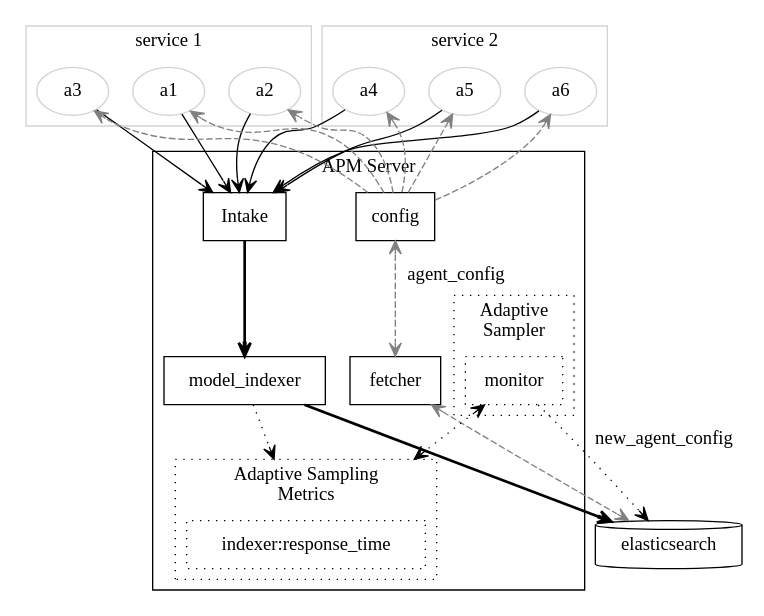
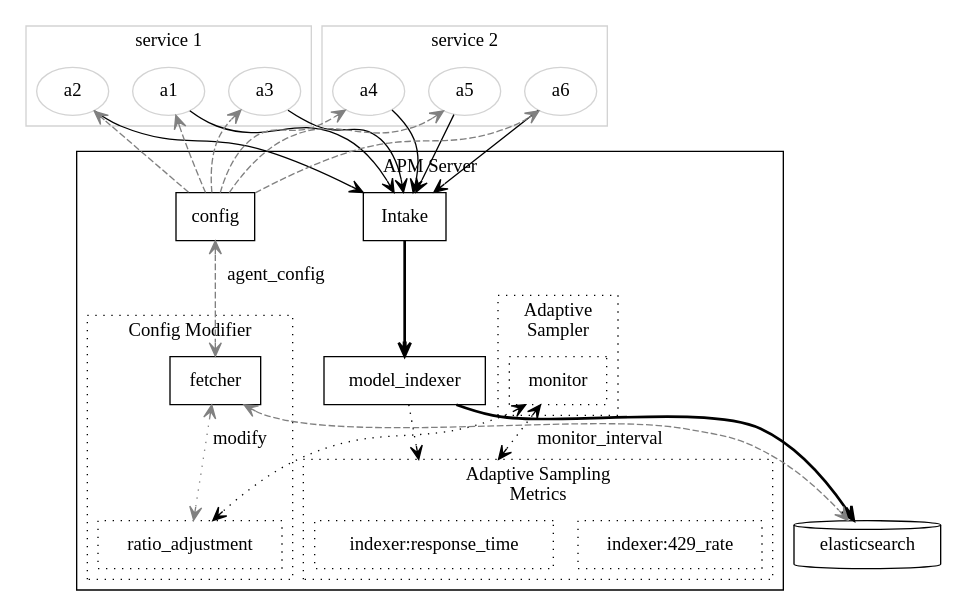
Before and after one commit to elastic/apm-server: the diagram in docs/adaptive_sampling_all.dot, drawn with Graphviz. The commit also changed 7 other files, not shown here.

```diff
--- a/docs/adaptive_sampling_all.dot
+++ b/docs/adaptive_sampling_all.dot
@@ -1,56 +1,63 @@
 digraph G {
 	compound=true;
 
 	edge [ arrowhead=open arrowtail=open ]
 	subgraph cluster_service_1 {
 		label = "service 1";
 		color=lightgrey;
 		node [color=lightgrey;]
 		a1 a2 a3;
 	}
 
 	subgraph cluster_service_2 {
 		label = "service 2";
 		color=lightgrey;
 		node [color=lightgrey;]
 		a4 a5 a6;
 	}
 
 	subgraph cluster_Server {
 		label = "APM Server";
 
 		// Data Path
 		node [ shape=box ]
   		{a1 a2 a3 a4 a5 a6} -> Intake;
   		Intake -> model_indexer [ style=bold ]
 
 		// config Path
   		config -> {a1 a2 a3 a4 a5 a6} [ style="dashed" color=gray] 
 		config -> fetcher [ style=dashed dir=both color=gray label=agent_config ]
 
 		node [ style=dotted ]
 		
+		subgraph cluster_server_modifier {
+			graph [ style=dotted ]
+			label = "Config Modifier";
+			fetcher -> ratio_adjustment [ style=dotted dir=both color=gray label=modify ]
+			ratio_adjustment
+		}
 
 		// To add components
 		subgraph cluster_server_metrics {
 			graph [ style=dotted ]
 			label = "Adaptive Sampling\nMetrics";
 			node [ shape=box style=dotted ]
+			"indexer:429_rate"
 			"indexer:response_time"
 		}
 		subgraph cluster_adaptive_sampler {
 			graph [ style=dotted ]
 			label = "Adaptive\nSampler";
-			monitor -> "indexer:response_time" [ dir=both style=dotted lhead=cluster_server_metrics ]
+			monitor -> "indexer:response_time" [ dir=both style=dotted lhead=cluster_server_metrics label=monitor_interval ]
+			monitor -> ratio_adjustment [ dir=both style=dotted lhead=cluster_server_metrics ]
 		}
 	}
 
 	// Data Path
 	model_indexer -> elasticsearch [ style=bold ]
 	model_indexer -> "indexer:response_time" [ style=dotted lhead=cluster_server_metrics ]
-	monitor -> elasticsearch [ style=dotted label=new_agent_config ]
 	elasticsearch [ shape=cylinder]
 
 	// config Path
 	fetcher -> elasticsearch [ style=dashed dir=both color=gray] 
 }
```
